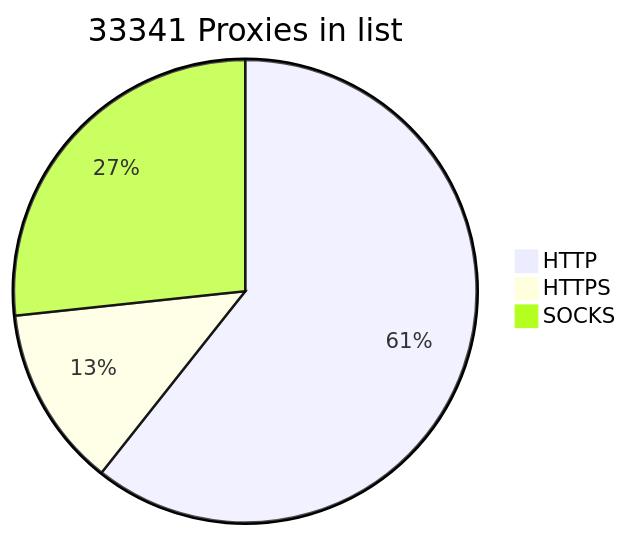
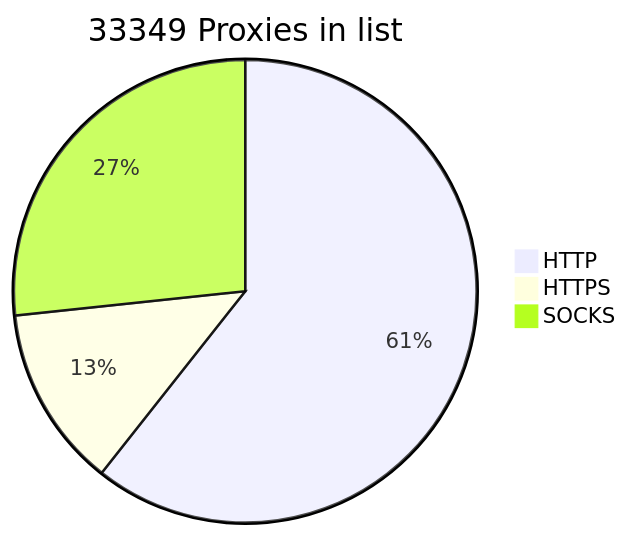
Before and after one commit to BlackSnowDot/proxylist-update-every-minute: the diagram in README.md, drawn with Mermaid.

````diff
--- a/README.md
+++ b/README.md
@@ -2,6 +2,6 @@
 ```mermaid
-pie title 33341 Proxies in list
-    "HTTP" : 22384
-    "HTTPS": 4672
-    "SOCKS" : 9847
+pie title 33349 Proxies in list
+    "HTTP" : 22388
+    "HTTPS": 4679
+    "SOCKS" : 9849
 ```
````
